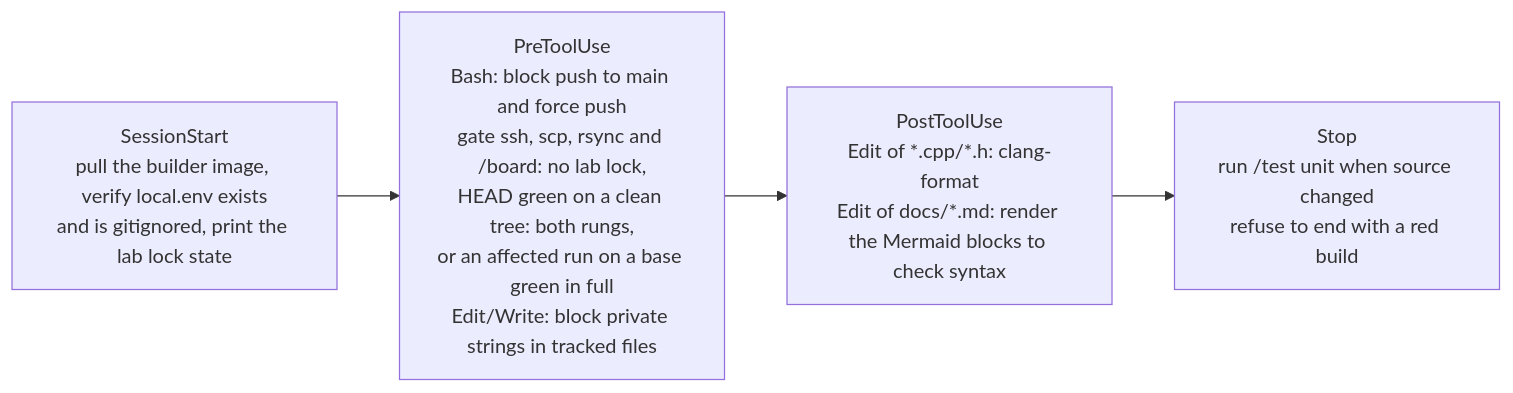
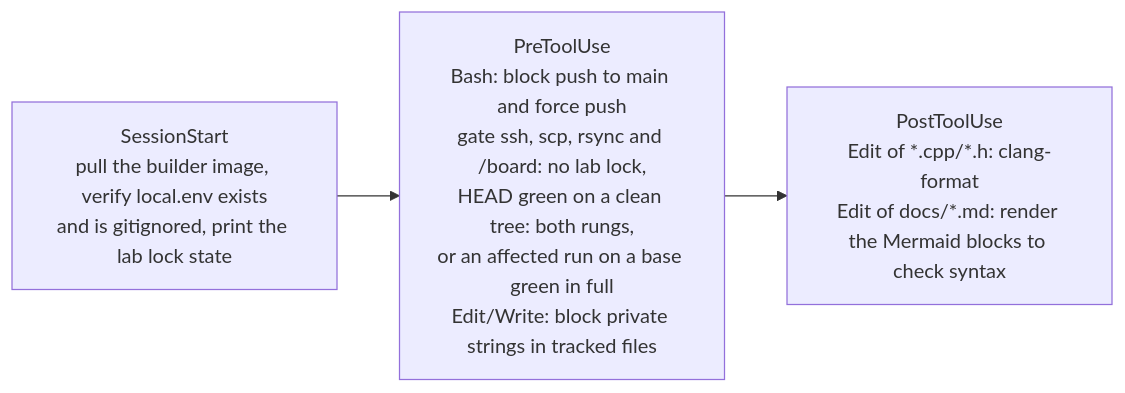
Before and after one commit to AMuszkat/bpi_amp_platform: the fourth of 6 diagrams in docs/autonomous-development.md, drawn with Mermaid. The commit also changed other lines of this file and 13 other files, not shown here.

````diff
--- a/docs/autonomous-development.md
+++ b/docs/autonomous-development.md
@@ -275,8 +269,7 @@
 ```mermaid
 flowchart LR
     ss["SessionStart<br/>pull the builder image, verify local.env exists<br/>and is gitignored, print the lab lock state"]
     pre["PreToolUse<br/>Bash: block push to main and force push<br/>gate ssh, scp, rsync and /board: no lab lock,<br/>HEAD green on a clean tree: both rungs,<br/>or an affected run on a base green in full<br/>Edit/Write: block private strings in tracked files"]
     post["PostToolUse<br/>Edit of *.cpp/*.h: clang-format<br/>Edit of docs/*.md: render the Mermaid blocks to check syntax"]
-    stop["Stop<br/>run /test unit when source changed<br/>refuse to end with a red build"]
-    ss --> pre --> post --> stop
+    ss --> pre --> post
 ```
````
